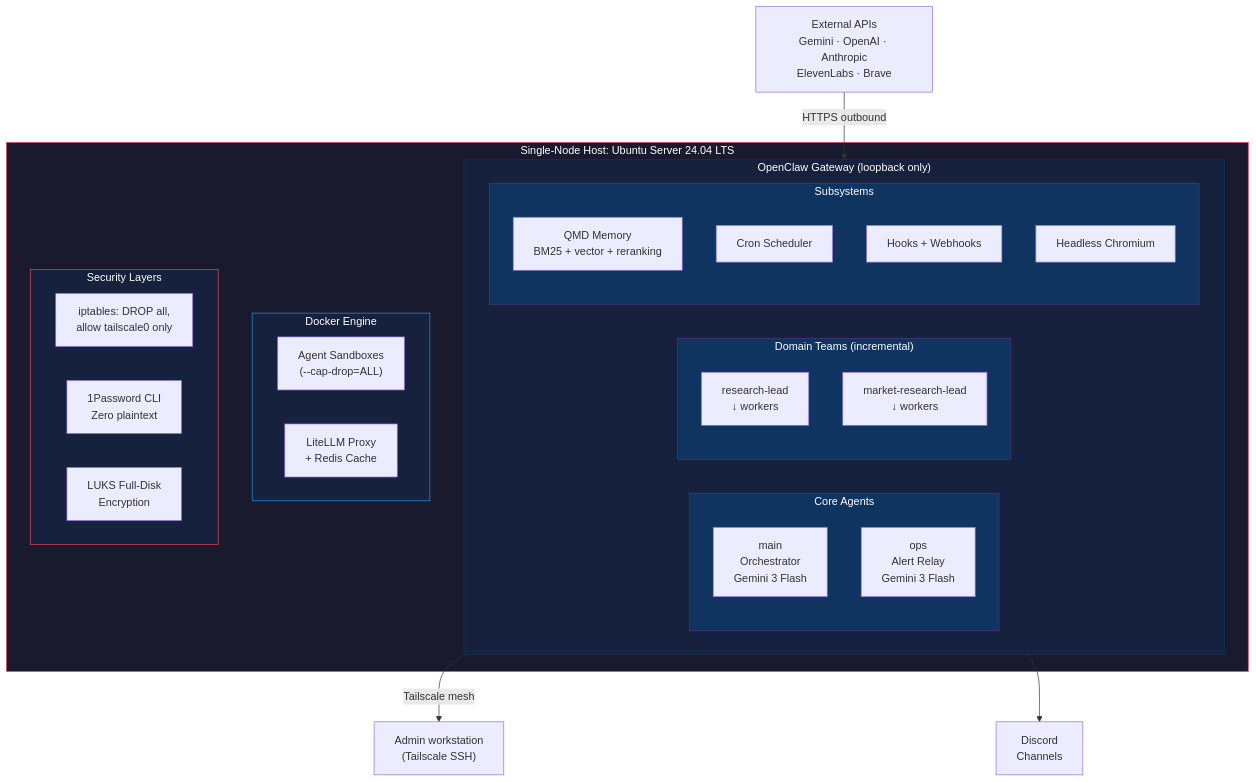
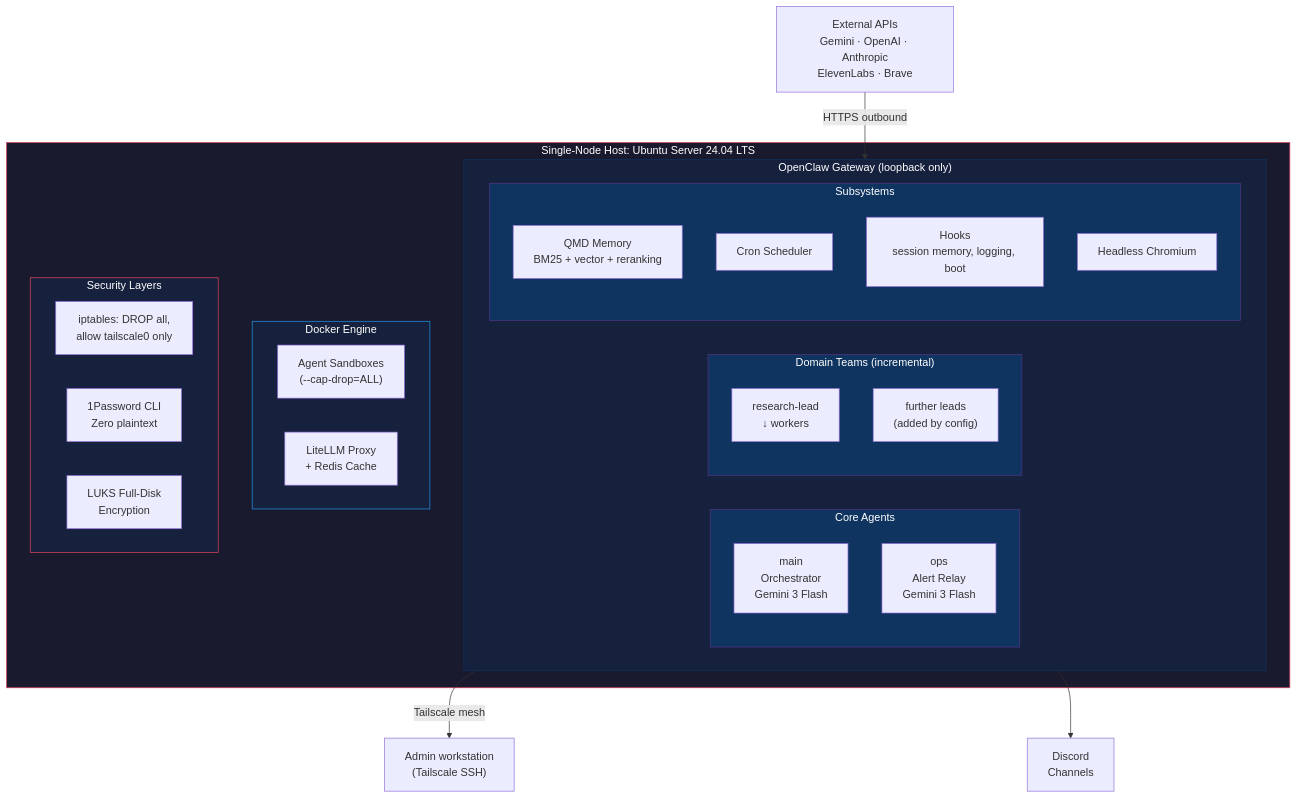
The diagram in README.md (AIJSAI/hive-showcase), drawn with Mermaid before and after one commit. The commit also changed other lines of this file and 1 other file, not shown here.

````diff
--- a/README.md
+++ b/README.md
@@ -23,42 +23,42 @@
 ```mermaid
 graph TB
     subgraph Host["Single-Node Host: Ubuntu Server 24.04 LTS"]
         subgraph Gateway["OpenClaw Gateway (loopback only)"]
             subgraph Core["Core Agents"]
                 main["main<br/>Orchestrator<br/>Gemini 3 Flash"]
                 ops["ops<br/>Alert Relay<br/>Gemini 3 Flash"]
             end
             subgraph Teams["Domain Teams (incremental)"]
                 research["research-lead<br/>↓ workers"]
-                market["market-research-lead<br/>↓ workers"]
+                more["further leads<br/>(added by config)"]
             end
             subgraph Subs["Subsystems"]
                 qmd["QMD Memory<br/>BM25 + vector + reranking"]
                 cron["Cron Scheduler"]
-                hooks["Hooks + Webhooks"]
+                hooks["Hooks<br/>session memory, logging, boot"]
                 chromium["Headless Chromium"]
             end
         end
         subgraph Docker["Docker Engine"]
             sandbox["Agent Sandboxes<br/>(--cap-drop=ALL)"]
             litellm["LiteLLM Proxy<br/>+ Redis Cache"]
         end
         subgraph Security["Security Layers"]
             ipt["iptables: DROP all,<br/>allow tailscale0 only"]
             op["1Password CLI<br/>Zero plaintext"]
             luks["LUKS Full-Disk<br/>Encryption"]
         end
     end
 
     APIs["External APIs<br/>Gemini · OpenAI · Anthropic<br/>ElevenLabs · Brave"] -->|HTTPS outbound| Gateway
     Gateway -->|Tailscale mesh| Mac["Admin workstation<br/>(Tailscale SSH)"]
     Gateway --> Discord["Discord<br/>Channels"]
 
     style Host fill:#1a1a2e,stroke:#e94560,color:#fff
     style Gateway fill:#16213e,stroke:#0f3460,color:#fff
     style Core fill:#0f3460,stroke:#533483,color:#fff
     style Teams fill:#0f3460,stroke:#533483,color:#fff
     style Subs fill:#0f3460,stroke:#533483,color:#fff
     style Docker fill:#16213e,stroke:#2496ED,color:#fff
     style Security fill:#16213e,stroke:#e94560,color:#fff
 ```
````
